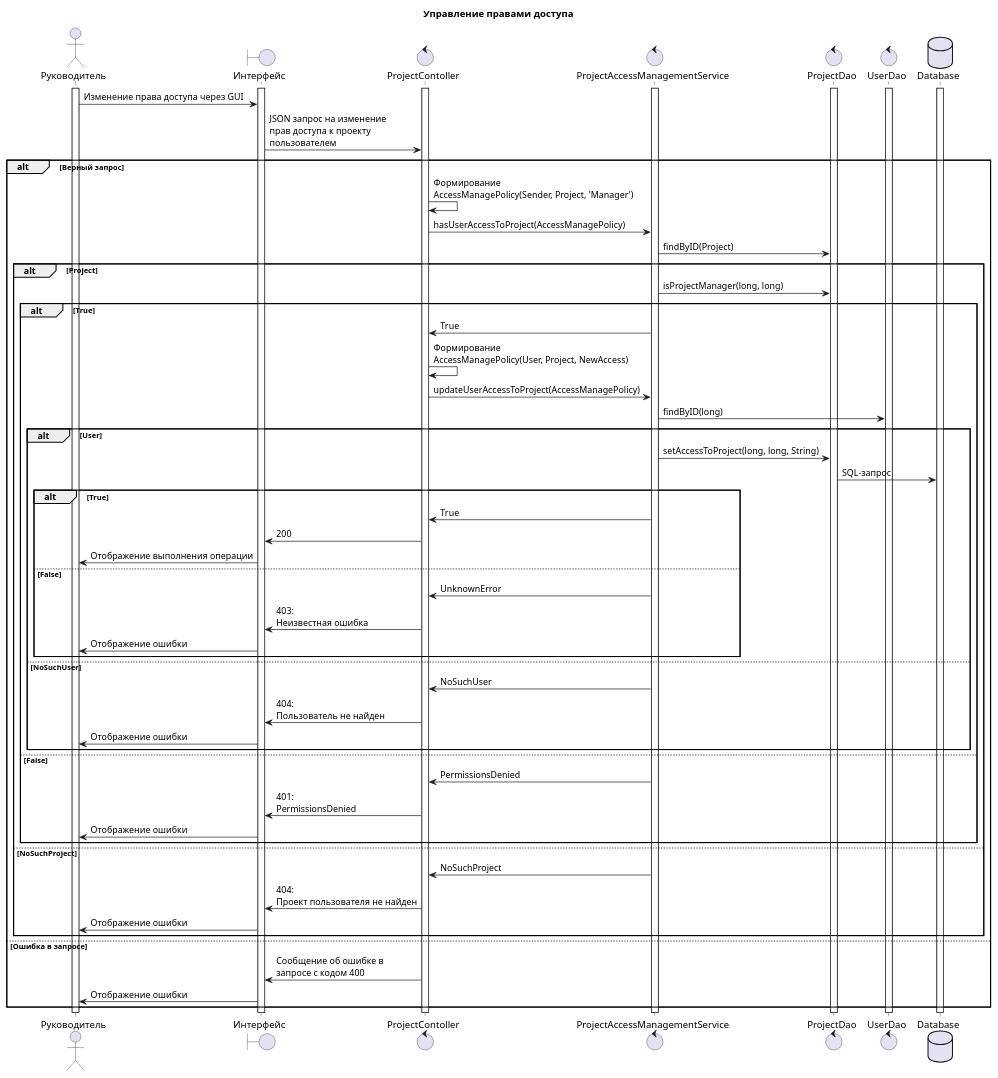
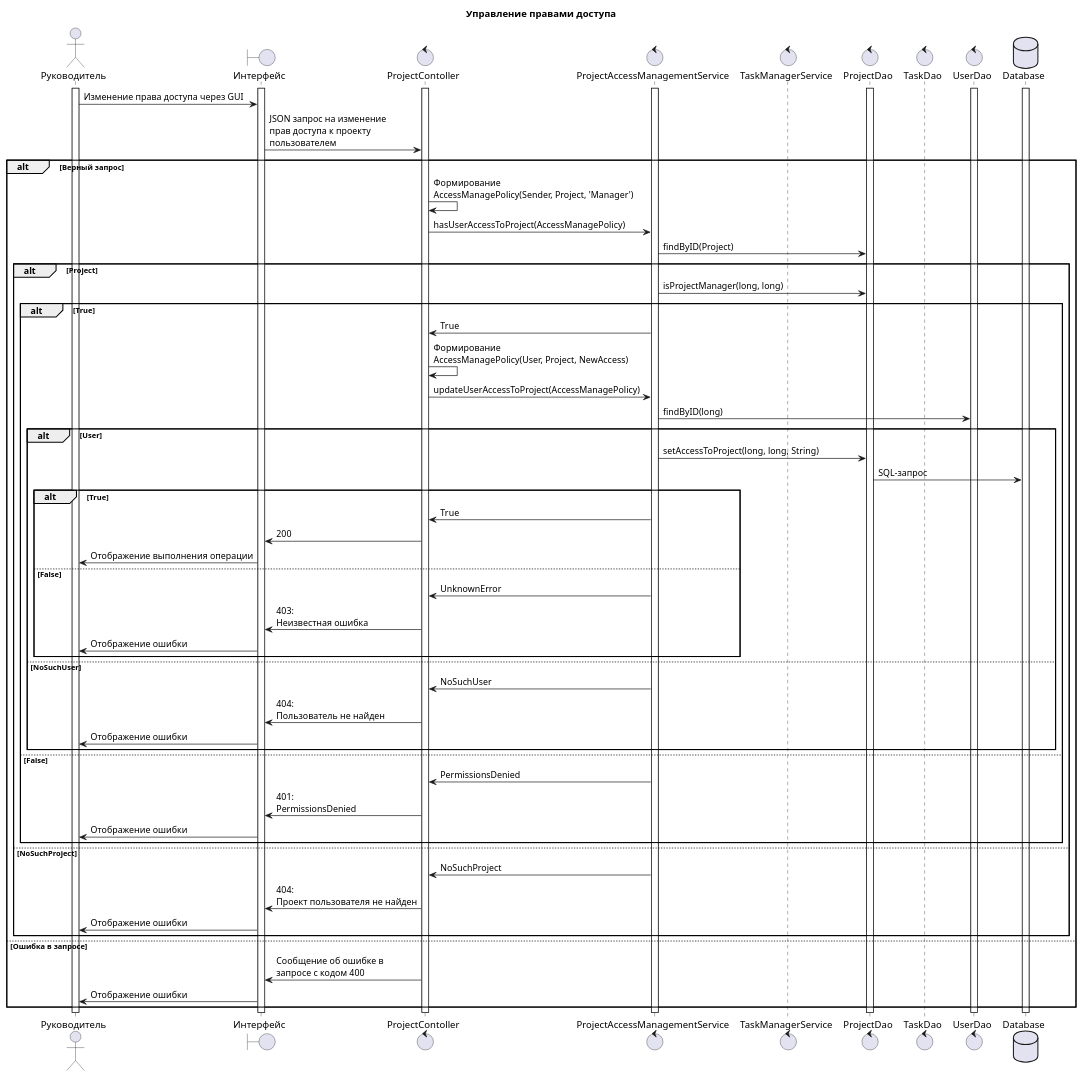
One commit to penamarth/bsbo-02-21_team_var7_erp changed the diagram in UML diagrams/Sequence diagrams/manage-access-rights.wsd. Above: the diagram before and after it, drawn with PlantUML. The commit also changed 1 other file, not shown here.

Commit message:
Reports sequence diagram added

```diff
--- a/UML diagrams/Sequence diagrams/manage-access-rights.wsd
+++ b/UML diagrams/Sequence diagrams/manage-access-rights.wsd
@@ -1,69 +1,72 @@
 @startuml sequence
 title Управление правами доступа
 
 actor Руководитель as user
 boundary "Интерфейс" as site
 control ProjectContoller as pcont
 control ProjectAccessManagementService as amserv
+control TaskManagerService as tmserv
 control ProjectDao as pdao 
+control TaskDao as tdao
 control UserDao as udao
 database Database as db
 
 activate user
 activate site
 activate db
 activate pcont
 activate amserv
 activate pdao
 activate udao
 
 user -> site : Изменение права доступа через GUI
 site -> pcont : JSON запрос на изменение\nправ доступа к проекту\nпользователем
+
 
 alt Верный запрос
     pcont -> pcont : Формирование\nAccessManagePolicy(Sender, Project, 'Manager')
     pcont -> amserv : hasUserAccessToProject(AccessManagePolicy)
     amserv -> pdao : findByID(Project)
     alt Project
         amserv -> pdao : isProjectManager(long, long)
         alt True
             pcont <- amserv : True
             pcont -> pcont : Формирование\nAccessManagePolicy(User, Project, NewAccess)
             pcont -> amserv: updateUserAccessToProject(AccessManagePolicy)
             amserv -> udao : findByID(long)
             alt User
                 amserv -> pdao : setAccessToProject(long, long, String)
                 pdao -> db : SQL-запрос
                 alt True
                     pcont <- amserv : True
                     site <- pcont : 200
                     user <- site : Отображение выполнения операции
                 else False
                     pcont <- amserv : UnknownError 
                     site <- pcont : 403:\nНеизвестная ошибка
                     user <- site : Отображение ошибки
                 end
             else NoSuchUser
                 pcont <- amserv : NoSuchUser
                 site <- pcont : 404:\nПользователь не найден
                 user <- site : Отображение ошибки
             end
         
         else False
             pcont <- amserv : PermissionsDenied
             site <- pcont : 401:\nPermissionsDenied
             user <- site : Отображение ошибки
         end
     else NoSuchProject
         pcont <- amserv : NoSuchProject
         site <- pcont : 404:\nПроект пользователя не найден
         user <- site : Отображение ошибки
     end
     
 else Ошибка в запросе
     pcont -> site : Сообщение об ошибке в\nзапросе с кодом 400
     user <- site : Отображение ошибки
 end
 
 
 @enduml
```
